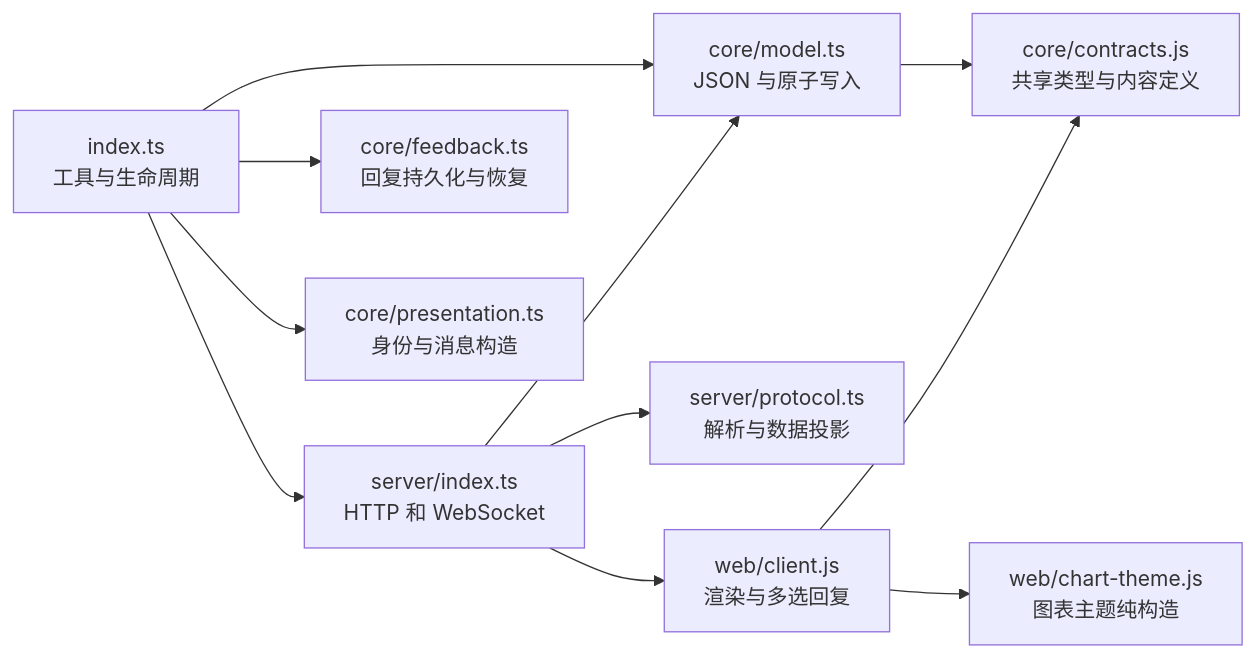
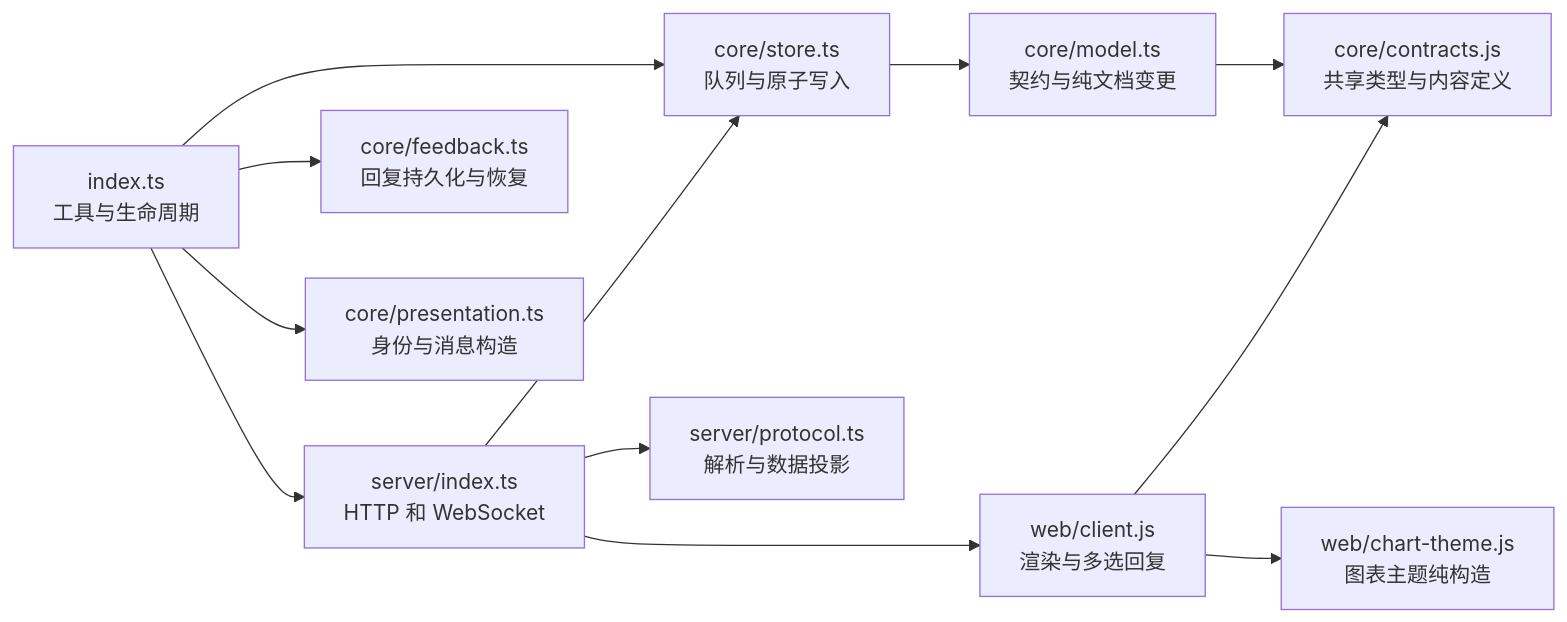
One commit to aqua2k1/pi-kits changed the first of 2 diagrams in extensions/canvas-note/docs/architecture.md. Above: the diagram before and after it, drawn with Mermaid. The commit also changed other lines of this file and 18 other files, not shown here.

````diff
--- a/extensions/canvas-note/docs/architecture.md
+++ b/extensions/canvas-note/docs/architecture.md
@@ -7,13 +7,14 @@
 ```mermaid
 flowchart LR
-  index["index.ts<br/>工具与生命周期"] --> model["core/model.ts<br/>JSON 与原子写入"]
+  index["index.ts<br/>工具与生命周期"] --> store["core/store.ts<br/>队列与原子写入"]
+  store --> model["core/model.ts<br/>契约与纯文档变更"]
   index --> server["server/index.ts<br/>HTTP 和 WebSocket"]
   index --> feedback["core/feedback.ts<br/>回复持久化与恢复"]
   index --> presentation["core/presentation.ts<br/>身份与消息构造"]
   server --> protocol["server/protocol.ts<br/>解析与数据投影"]
-  server --> model
+  server --> store
   server --> client["web/client.js<br/>渲染与多选回复"]
   model --> contracts["core/contracts.js<br/>共享类型与内容定义"]
   client --> contracts
   client --> chartTheme["web/chart-theme.js<br/>图表主题纯构造"]
 ```
````
